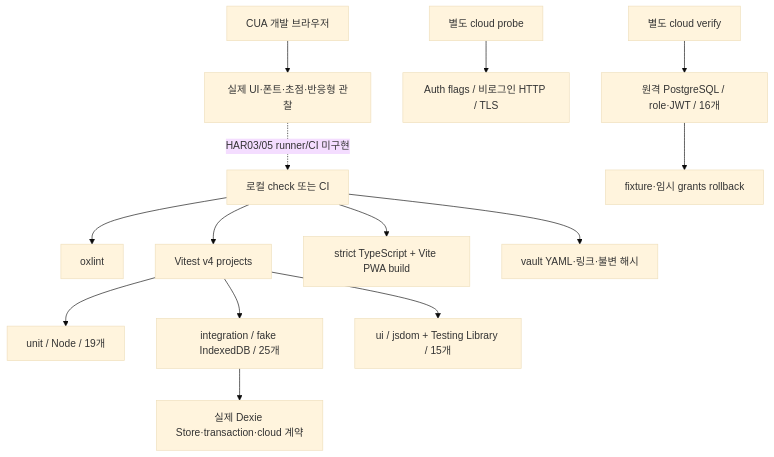
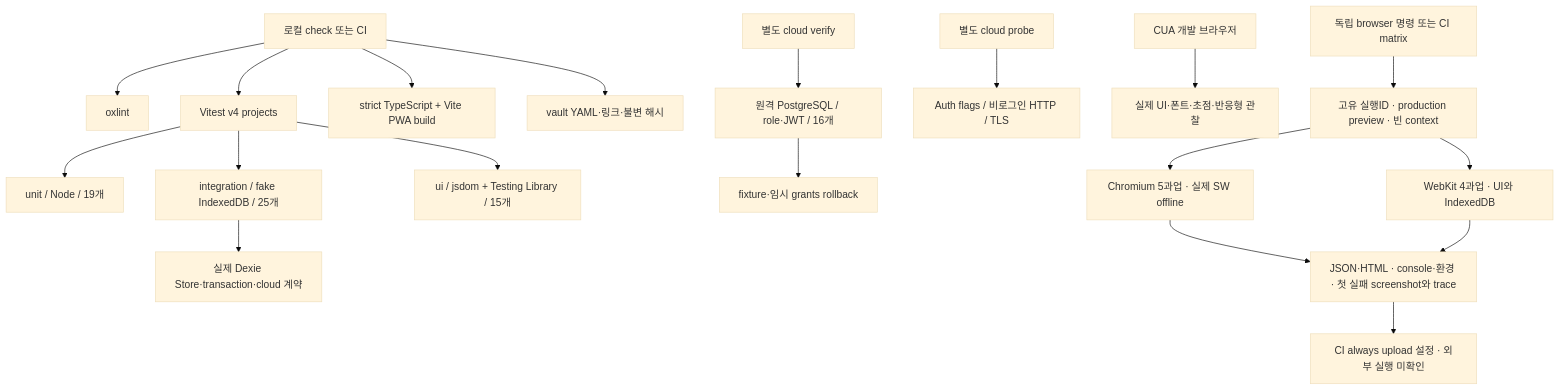
The diagram in vault/wiki/operations/testing-harness.md (Jeongjibsa/lightweight), drawn with Mermaid (base theme) before and after one commit. The commit also changed other lines of this file and 48 other files, not shown here.

````diff
--- a/vault/wiki/operations/testing-harness.md
+++ b/vault/wiki/operations/testing-harness.md
@@ -59,16 +68,21 @@
 ```mermaid
 flowchart TD
   A[로컬 check 또는 CI] --> B[oxlint]
   A --> C[Vitest v4 projects]
   C --> U[unit / Node / 19개]
   C --> I[integration / fake IndexedDB / 25개]
   C --> J[ui / jsdom + Testing Library / 15개]
   I --> D[실제 Dexie Store·transaction·cloud 계약]
   A --> E[strict TypeScript + Vite PWA build]
   A --> V[vault YAML·링크·불변 해시]
   S[별도 cloud verify] --> P[원격 PostgreSQL / role·JWT / 16개]
   P --> R[fixture·임시 grants rollback]
   H[별도 cloud probe] --> T[Auth flags / 비로그인 HTTP / TLS]
   X[CUA 개발 브라우저] --> Y[실제 UI·폰트·초점·반응형 관찰]
-  Y -. HAR03/05 runner/CI 미구현 .-> A
+  F[독립 browser 명령 또는 CI matrix] --> Q[고유 실행ID · production preview · 빈 context]
+  Q --> K[Chromium 5과업 · 실제 SW offline]
+  Q --> W[WebKit 4과업 · UI와 IndexedDB]
+  K --> Z[JSON·HTML · console·환경 · 첫 실패 screenshot와 trace]
+  W --> Z
+  Z --> N[CI always upload 설정 · 외부 실행 미확인]
 ```
````
